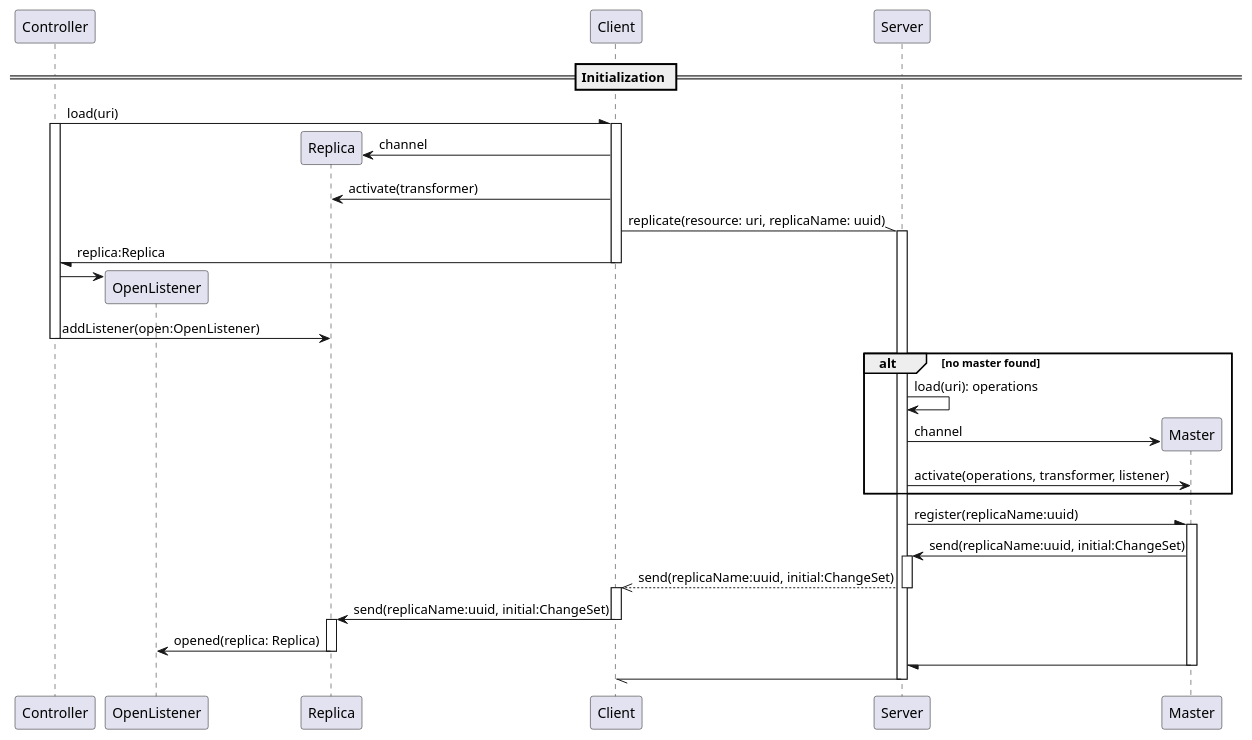
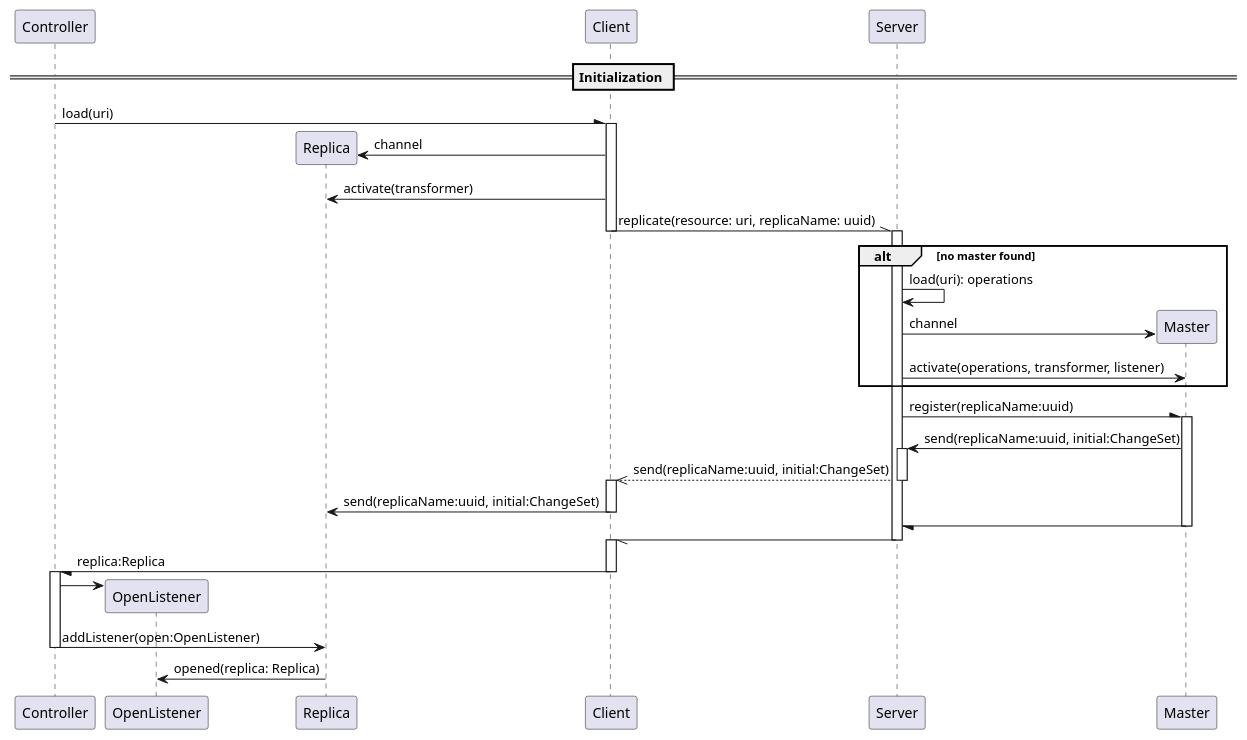
One commit to davidlinner/march changed the diagram in doc/client-server.puml. Above: the diagram before and after it, drawn with PlantUML. The commit also changed 4 other files, not shown here.

```diff
--- a/doc/client-server.puml
+++ b/doc/client-server.puml
@@ -1,60 +1,62 @@
 @startuml
 participant Controller
 participant OpenListener
 participant Replica
 participant Client
 participant Server
 participant Master
 
 == Initialization ==
 
 Controller -\ Client: load(uri)
-activate Controller
 activate Client
 
 Create Replica
 Replica <- Client: channel
 Replica <- Client: activate(transformer)
 
 Client -\\ Server: replicate(resource: uri, replicaName: uuid)
+deactivate Client
 activate Server
 
-Controller \- Client: replica:Replica
-deactivate Client
-Create OpenListener
-Controller -> OpenListener
-
-Controller -> Replica: addListener(open:OpenListener)
-deactivate Controller
 
 alt no master found
     Server -> Server: load(uri): operations
     create Master
     Server -> Master: channel
     Server -> Master: activate(operations, transformer, listener)
 end
 
 Server -\ Master: register(replicaName:uuid)
 activate Master
 
 Server <- Master: send(replicaName:uuid, initial:ChangeSet)
 activate Server
 Client <<-- Server: send(replicaName:uuid, initial:ChangeSet)
 deactivate Server
 activate Client
 
 Replica <- Client: send(replicaName:uuid, initial:ChangeSet)
 deactivate Client
-activate Replica
-
-OpenListener <- Replica: opened(replica: Replica)
-deactivate Replica
 
 Server \- Master
 deactivate Master
 
 Client \\- Server
 deactivate Server
+activate Client
+
+Controller \- Client: replica:Replica
+deactivate Client
+activate Controller
+
+Create OpenListener
+Controller -> OpenListener
+
+Controller -> Replica: addListener(open:OpenListener)
+deactivate Controller
+
+OpenListener <- Replica: opened(replica: Replica)
 
 
 @enduml
```
